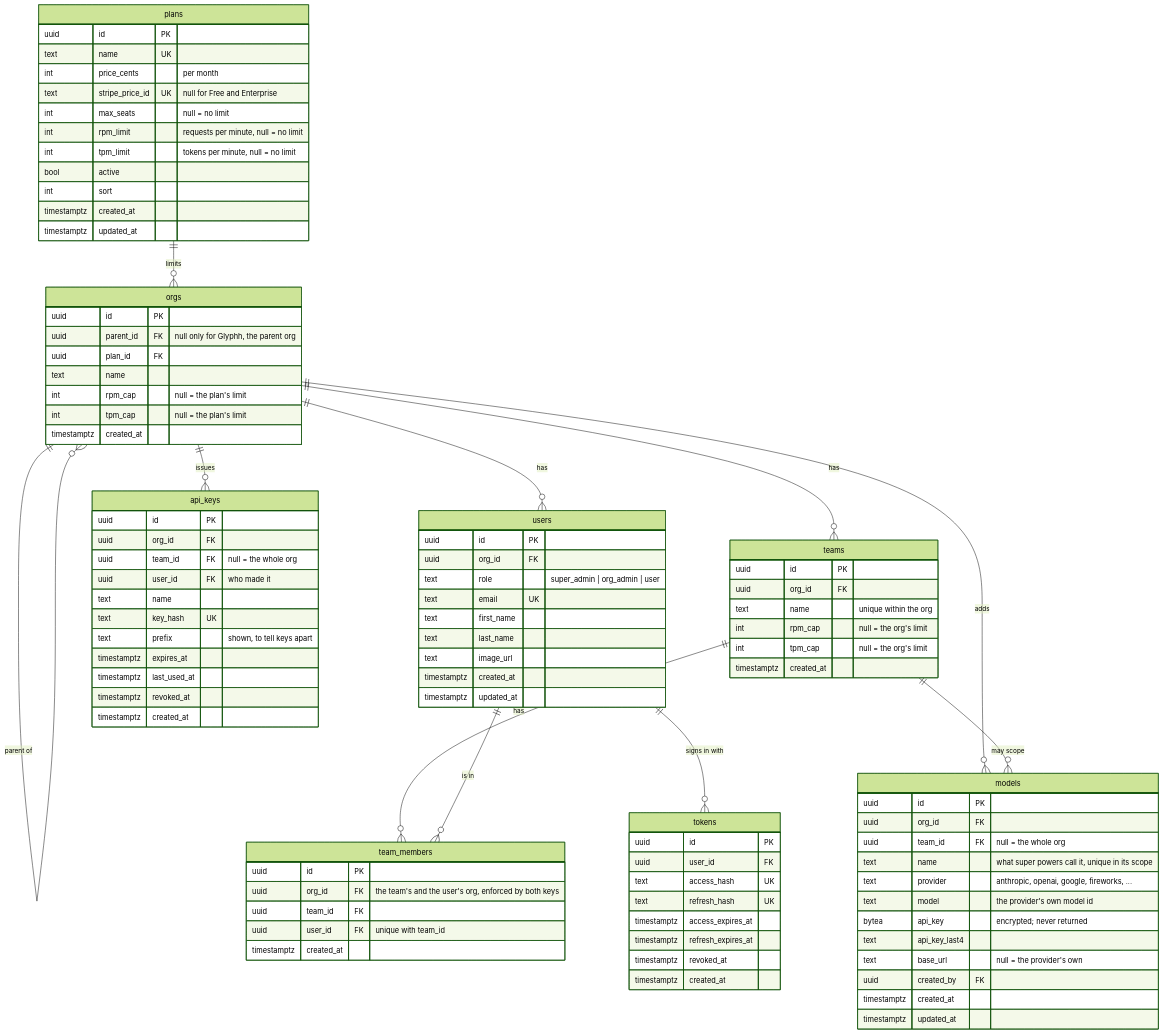
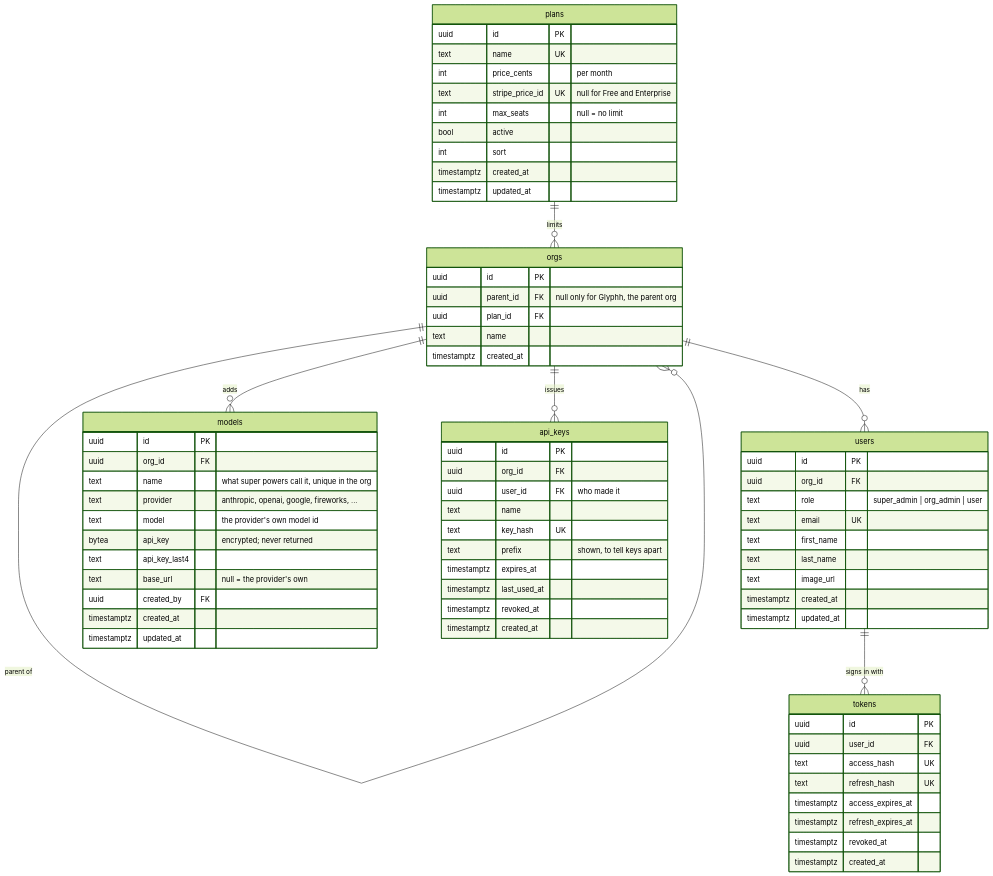
Before and after one commit to glyphh-ai/server: the diagram in docs/data-model.md, drawn with Mermaid (forest theme). The commit also changed other lines of this file and 9 other files, not shown here.

```diff
--- a/docs/data-model.md
+++ b/docs/data-model.md
@@ -7,12 +7,8 @@
     plans ||--o{ orgs : "limits"
     orgs ||--o{ orgs : "parent of"
     orgs ||--o{ users : "has"
-    orgs ||--o{ teams : "has"
-    teams ||--o{ team_members : "has"
-    users ||--o{ team_members : "is in"
     users ||--o{ tokens : "signs in with"
     orgs ||--o{ models : "adds"
-    teams ||--o{ models : "may scope"
     orgs ||--o{ api_keys : "issues"
 
     plans {
@@ -21,8 +17,6 @@
         int price_cents "per month"
         text stripe_price_id UK "null for Free and Enterprise"
         int max_seats "null = no limit"
-        int rpm_limit "requests per minute, null = no limit"
-        int tpm_limit "tokens per minute, null = no limit"
         bool active
         int sort
         timestamptz created_at
@@ -34,8 +28,6 @@
         uuid parent_id FK "null only for Glyphh, the parent org"
         uuid plan_id FK
         text name
-        int rpm_cap "null = the plan's limit"
-        int tpm_cap "null = the plan's limit"
         timestamptz created_at
     }
 
@@ -51,28 +43,10 @@
         timestamptz updated_at
     }
 
-    teams {
-        uuid id PK
-        uuid org_id FK
-        text name "unique within the org"
-        int rpm_cap "null = the org's limit"
-        int tpm_cap "null = the org's limit"
-        timestamptz created_at
-    }
-
-    team_members {
-        uuid id PK
-        uuid org_id FK "the team's and the user's org, enforced by both keys"
-        uuid team_id FK
-        uuid user_id FK "unique with team_id"
-        timestamptz created_at
-    }
-
     models {
         uuid id PK
         uuid org_id FK
-        uuid team_id FK "null = the whole org"
-        text name "what super powers call it, unique in its scope"
+        text name "what super powers call it, unique in the org"
         text provider "anthropic, openai, google, fireworks, ..."
         text model "the provider's own model id"
         bytea api_key "encrypted; never returned"
@@ -86,7 +60,6 @@
     api_keys {
         uuid id PK
         uuid org_id FK
-        uuid team_id FK "null = the whole org"
         uuid user_id FK "who made it"
         text name
         text key_hash UK
```
